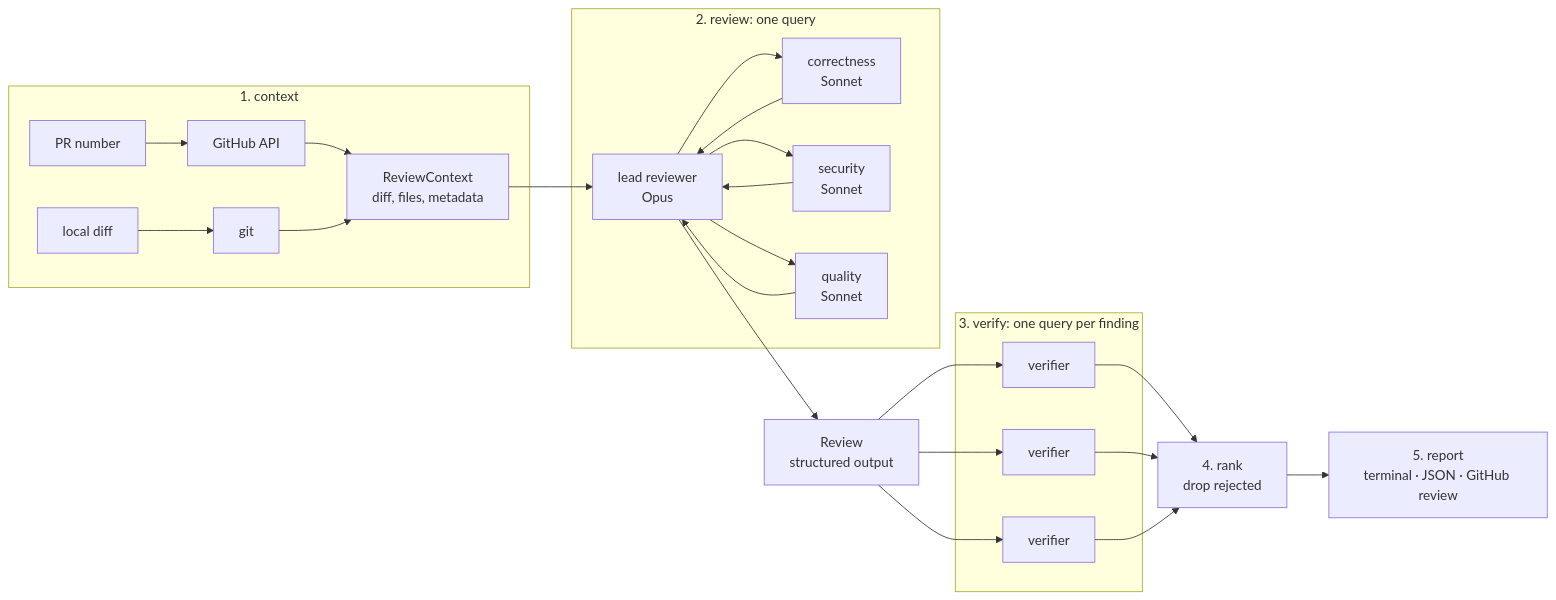
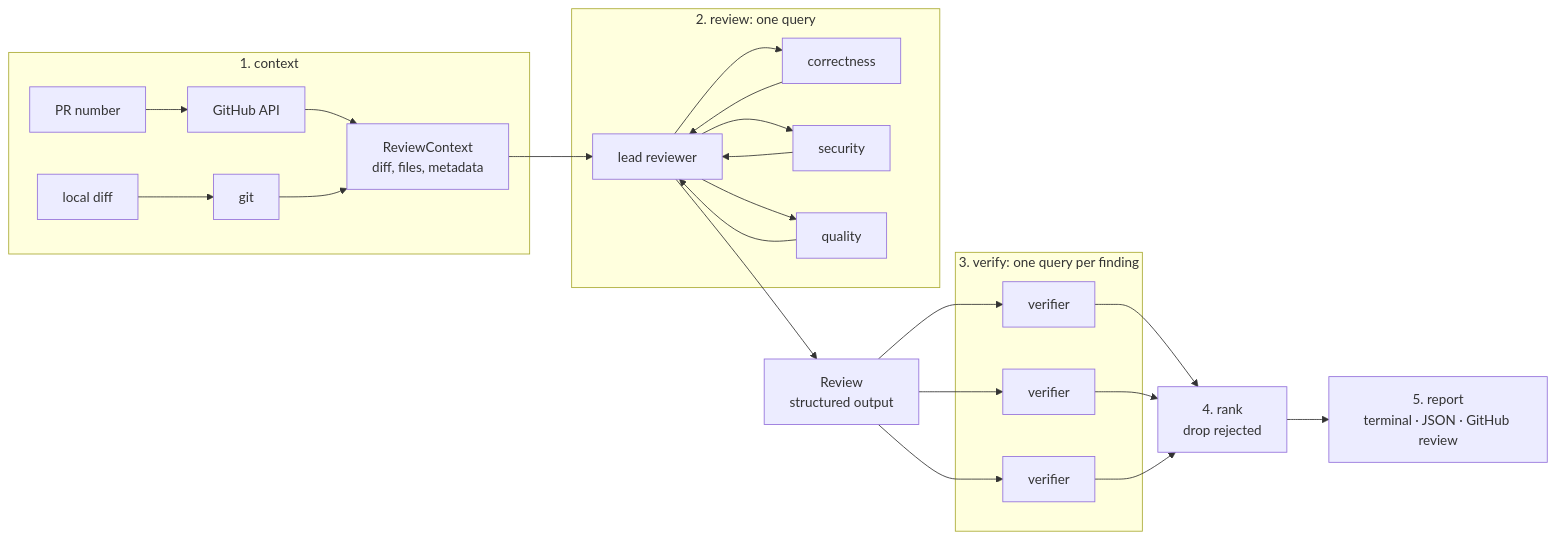
One commit to hamseabd/argus changed the diagram in README.md. Above: the diagram before and after it, drawn with Mermaid. The commit also changed other lines of this file and 9 other files, not shown here.

````diff
--- a/README.md
+++ b/README.md
@@ -23,33 +23,33 @@
 ```mermaid
 flowchart LR
     subgraph context[1. context]
         PR[PR number] --> GH[GitHub API]
         LD[local diff] --> GIT[git]
         GH --> CTX[ReviewContext<br/>diff, files, metadata]
         GIT --> CTX
     end
 
     subgraph review[2. review: one query]
-        LEAD[lead reviewer<br/>Opus]
-        C[correctness<br/>Sonnet]
-        S[security<br/>Sonnet]
-        Q[quality<br/>Sonnet]
+        LEAD[lead reviewer]
+        C[correctness]
+        S[security]
+        Q[quality]
         LEAD --> C --> LEAD
         LEAD --> S --> LEAD
         LEAD --> Q --> LEAD
     end
 
     subgraph verify[3. verify: one query per finding]
         V1[verifier]
         V2[verifier]
         V3[verifier]
     end
 
     RANK[4. rank<br/>drop rejected]
     OUT[5. report<br/>terminal · JSON · GitHub review]
 
     CTX --> LEAD
     LEAD --> REV[Review<br/>structured output]
     REV --> V1 & V2 & V3
     V1 & V2 & V3 --> RANK --> OUT
 ```
````
